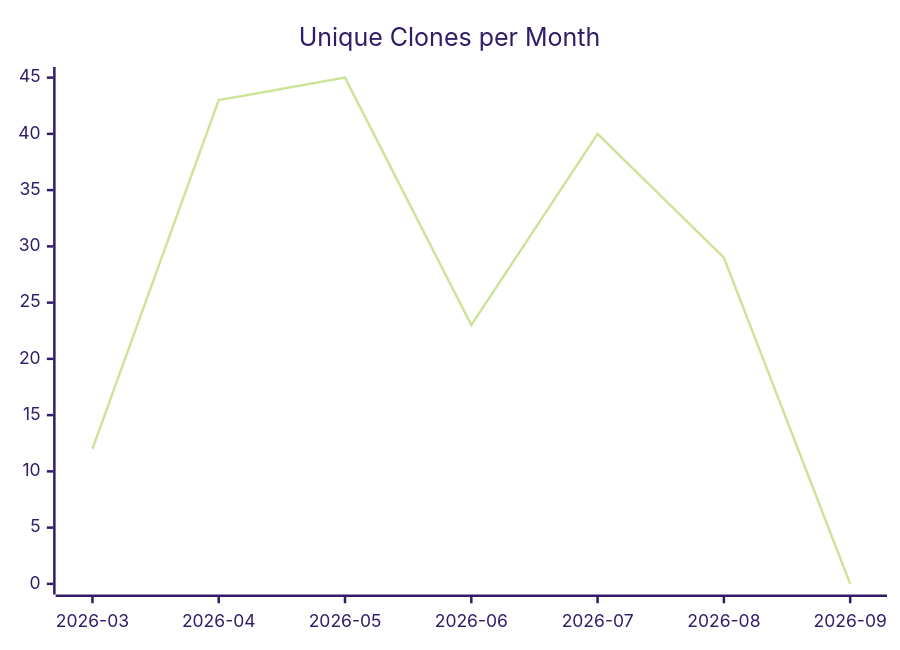
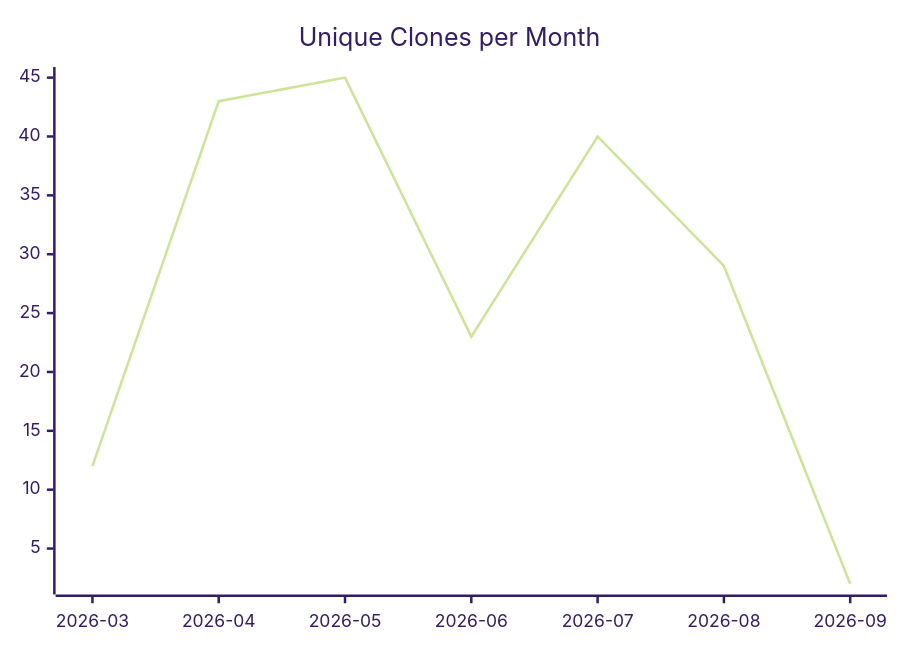
One commit to justdavis-family/github-analytics-data changed the third of 3 diagrams in karlmdavis/ksoap2-android/README.md. Above: the diagram before and after it, drawn with Mermaid (forest theme). The commit also changed other lines of this file and 191 other files, not shown here.

````diff
--- a/karlmdavis/ksoap2-android/README.md
+++ b/karlmdavis/ksoap2-android/README.md
@@ -19,6 +19,6 @@
 ```mermaid
 xychart-beta
   title "Unique Clones per Month"
   x-axis ["2026-03", "2026-04", "2026-05", "2026-06", "2026-07", "2026-08", "2026-09"]
-  line [12, 43, 45, 23, 40, 29, 0]
+  line [12, 43, 45, 23, 40, 29, 2]
 ```
````
